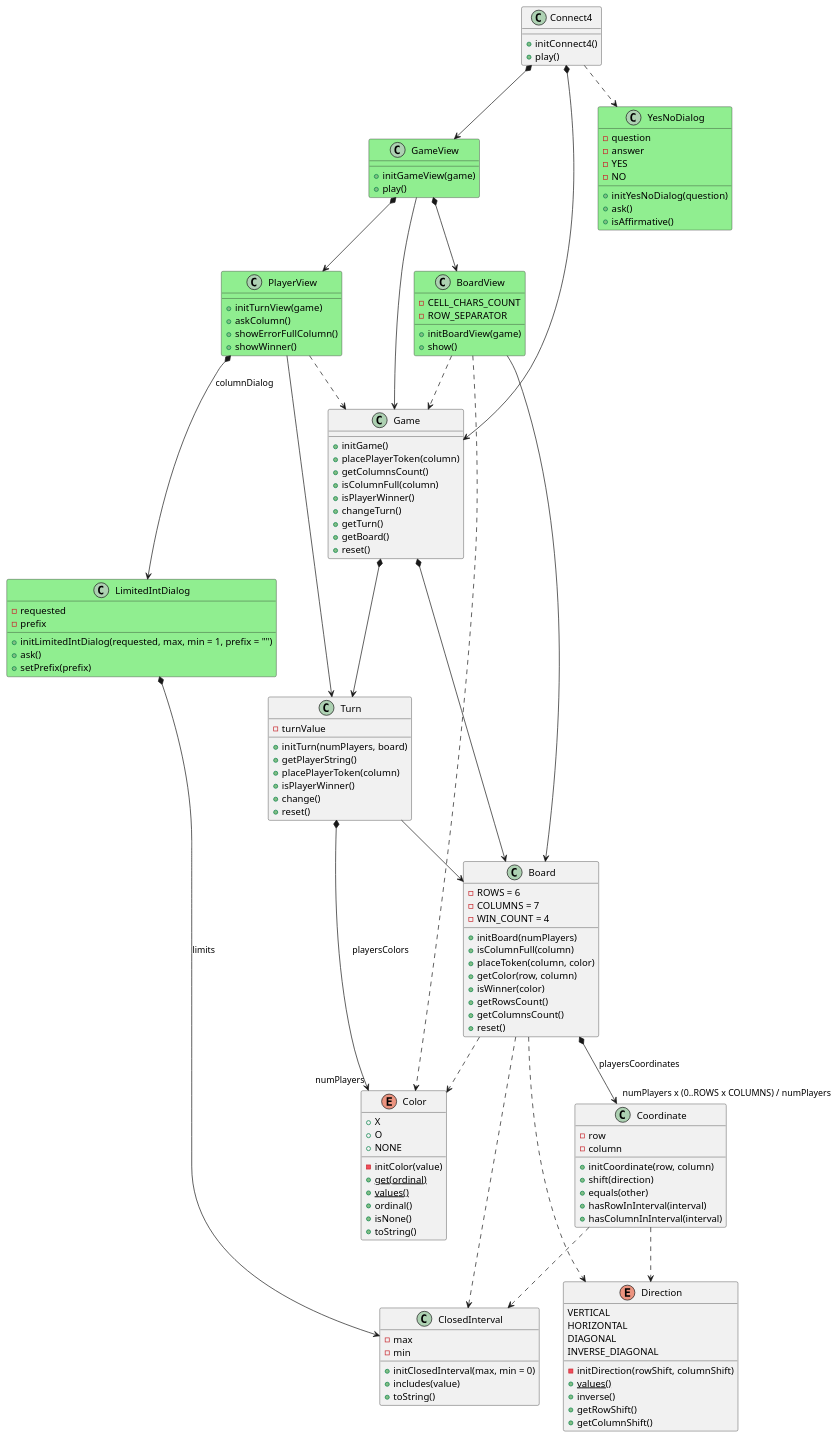
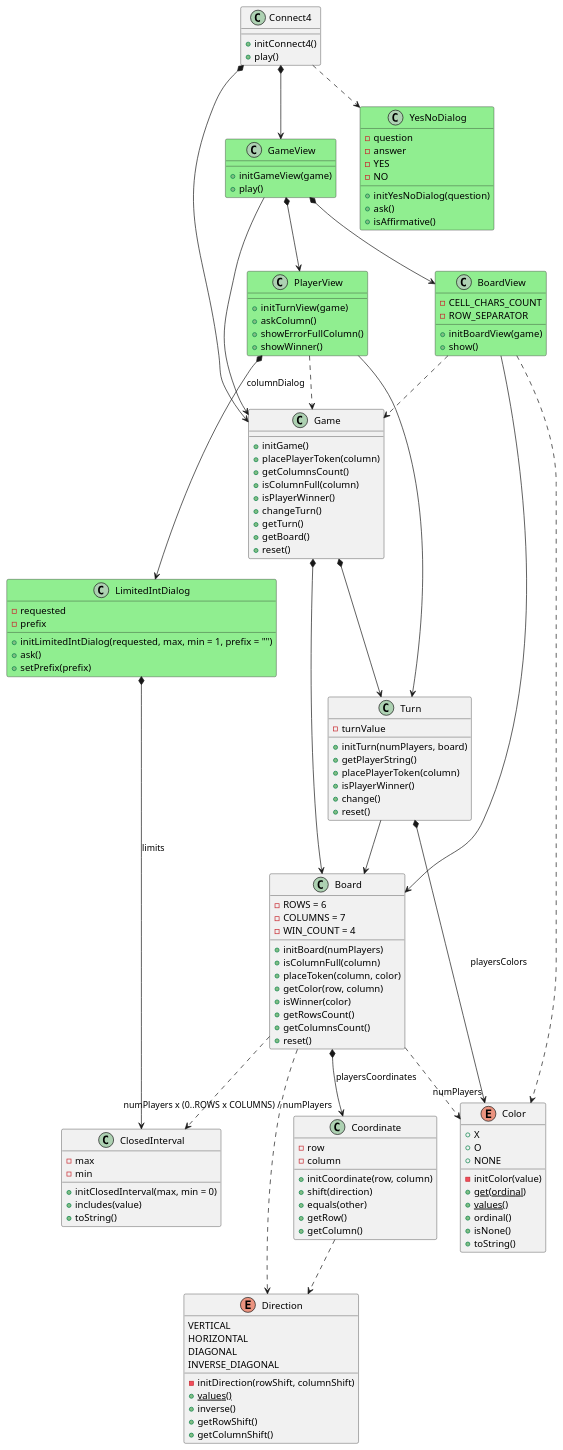
The diagram in docs/dev-resume/src/analysis.plantuml (PabloMartinFluvia/myGame-connect4), drawn with PlantUML before and after one commit. The commit also changed 3 other files, not shown here.

Commit message:
removed dependency Coordinate to ClosedInterval

```diff
--- a/docs/dev-resume/src/analysis.plantuml
+++ b/docs/dev-resume/src/analysis.plantuml
@@ -1,160 +1,159 @@
 @startuml analysis
 
 class Connect4 {
 
     + initConnect4()
     + play()
 }
 Connect4 *--> Game
 Connect4 *--> GameView
 Connect4 ..> YesNoDialog
 
 class YesNoDialog #LightGreen {  
     - question
     - answer   
     - YES
     - NO
 
     + initYesNoDialog(question)
     + ask()
     + isAffirmative()
 }
 
 class GameView #LightGreen {
     + initGameView(game)
     + play()
 }
 GameView --> Game
 GameView *--> PlayerView
 GameView *--> BoardView
 
 class Game {     
 
     + initGame()
     + placePlayerToken(column)
     + getColumnsCount()
     + isColumnFull(column)
     + isPlayerWinner()    
     + changeTurn()
     + getTurn()
     + getBoard()
     + reset()
 }
 Game *--> Turn
 Game *--> Board
 
 class PlayerView #LightGreen {
     + initTurnView(game)
     + askColumn()
     + showErrorFullColumn()
     + showWinner()
 }
 PlayerView --> Turn
 PlayerView ..> Game
 PlayerView *--> LimitedIntDialog : columnDialog
 
 class Turn {
     - turnValue
 
     + initTurn(numPlayers, board)  
     + getPlayerString()      
     + placePlayerToken(column)        
     + isPlayerWinner()
     + change()   
     + reset() 
 }
 Turn *--> "numPlayers" Color : playersColors
 Turn --> Board
 
 class BoardView #LightGreen {
     - CELL_CHARS_COUNT
     - ROW_SEPARATOR
 
     + initBoardView(game)
     + show()
 }
 BoardView --> Board
 BoardView ..> Color
 BoardView ..> Game
 
 class Board {
     - ROWS = 6
     - COLUMNS = 7
     - WIN_COUNT = 4
     
     + initBoard(numPlayers)
     + isColumnFull(column)
     + placeToken(column, color)
     + getColor(row, column)
     + isWinner(color)    
     + getRowsCount()
     + getColumnsCount()
     + reset()
 }
 Board *--> "numPlayers x (0..ROWS x COLUMNS) / numPlayers" Coordinate : playersCoordinates
 Board ..> ClosedInterval
 Board ..> Direction
 Board ..> Color
 
 class Coordinate {
     - row
     - column 
 
     + initCoordinate(row, column)
     + shift(direction)
     + equals(other)   
-    + hasRowInInterval(interval)
-    + hasColumnInInterval(interval)
+    + getRow()
+    + getColumn()
 }
 Coordinate ..> Direction
-Coordinate ..> ClosedInterval
 
 class ClosedInterval {
     - max
     - min
 
     + initClosedInterval(max, min = 0)
     + includes(value)
     + toString()
 }
 
 enum Direction {
     VERTICAL
     HORIZONTAL
     DIAGONAL
     INVERSE_DIAGONAL
 
     - initDirection(rowShift, columnShift)
     + {static} values()
     + inverse()
     + getRowShift()
     + getColumnShift()
 }
 
 
 enum Color {
     + X
     + O   
     + NONE 
 
     - initColor(value)
     + {static} get(ordinal) 
     + {static} values()  
     + ordinal()
     + isNone()
     + toString()
 }
 
 
 
 class LimitedIntDialog #LightGreen {
     - requested
     - prefix
     
     + initLimitedIntDialog(requested, max, min = 1, prefix = "") 
     + ask()
     + setPrefix(prefix)
 }
 LimitedIntDialog *--> ClosedInterval : limits
 
 @enduml
```
